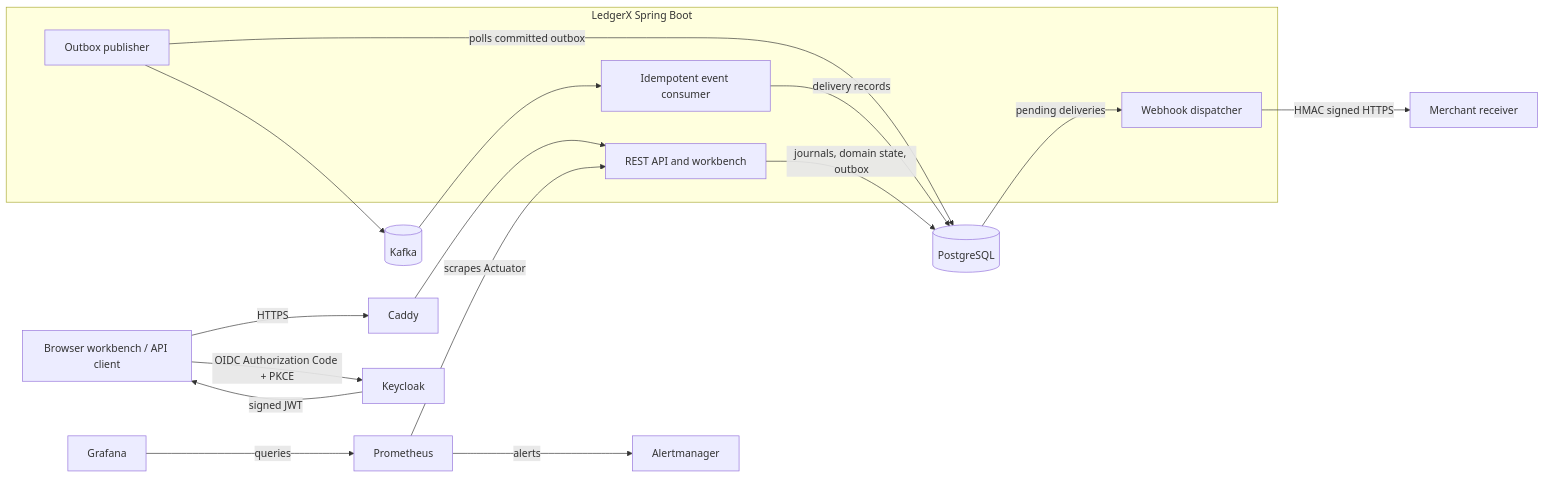
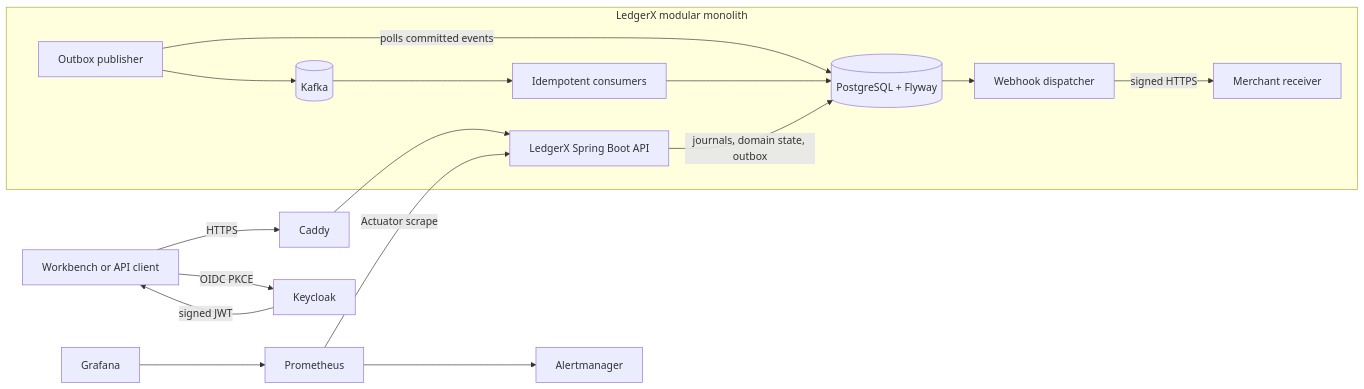
Before and after one commit to Omar-Mega-Byte/LedgerX: the diagram in README.md, drawn with Mermaid. The commit also changed other lines of this file and 24 other files, not shown here.

````diff
--- a/README.md
+++ b/README.md
@@ -23,23 +37,19 @@
 ```mermaid
 flowchart LR
-  Browser[Browser workbench / API client] -->|HTTPS| Caddy[Caddy]
-  Browser -->|OIDC Authorization Code + PKCE| Keycloak[Keycloak]
-  Keycloak -->|signed JWT| Browser
-  subgraph LedgerX[LedgerX Spring Boot]
-    API[REST API and workbench]
-    Publisher[Outbox publisher]
-    Consumer[Idempotent event consumer]
-    Dispatcher[Webhook dispatcher]
+  Client[Workbench or API client] -->|HTTPS| Edge[Caddy]
+  Client -->|OIDC PKCE| IdP[Keycloak]
+  IdP -->|signed JWT| Client
+  Edge --> API[LedgerX Spring Boot API]
+  subgraph LedgerX[LedgerX modular monolith]
+    API -->|journals, domain state, outbox| DB[(PostgreSQL + Flyway)]
+    Publisher[Outbox publisher] -->|polls committed events| DB
+    Publisher --> Broker[(Kafka)]
+    Broker --> Consumer[Idempotent consumers]
+    Consumer --> DB
+    Dispatcher[Webhook dispatcher] -->|signed HTTPS| Receiver[Merchant receiver]
+    DB --> Dispatcher
   end
-  Caddy --> API
-  API -->|journals, domain state, outbox| DB[(PostgreSQL)]
-  Publisher -->|polls committed outbox| DB
-  Publisher --> Kafka[(Kafka)]
-  Kafka --> Consumer
-  Consumer -->|delivery records| DB
-  DB -->|pending deliveries| Dispatcher
-  Dispatcher -->|HMAC signed HTTPS| Merchant[Merchant receiver]
-  Prometheus[Prometheus] -->|scrapes Actuator| API
-  Grafana[Grafana] -->|queries| Prometheus
-  Prometheus -->|alerts| Alertmanager[Alertmanager]
+  Prom[Prometheus] -->|Actuator scrape| API
+  Grafana[Grafana] --> Prom
+  Prom --> Alerts[Alertmanager]
 ```
````
